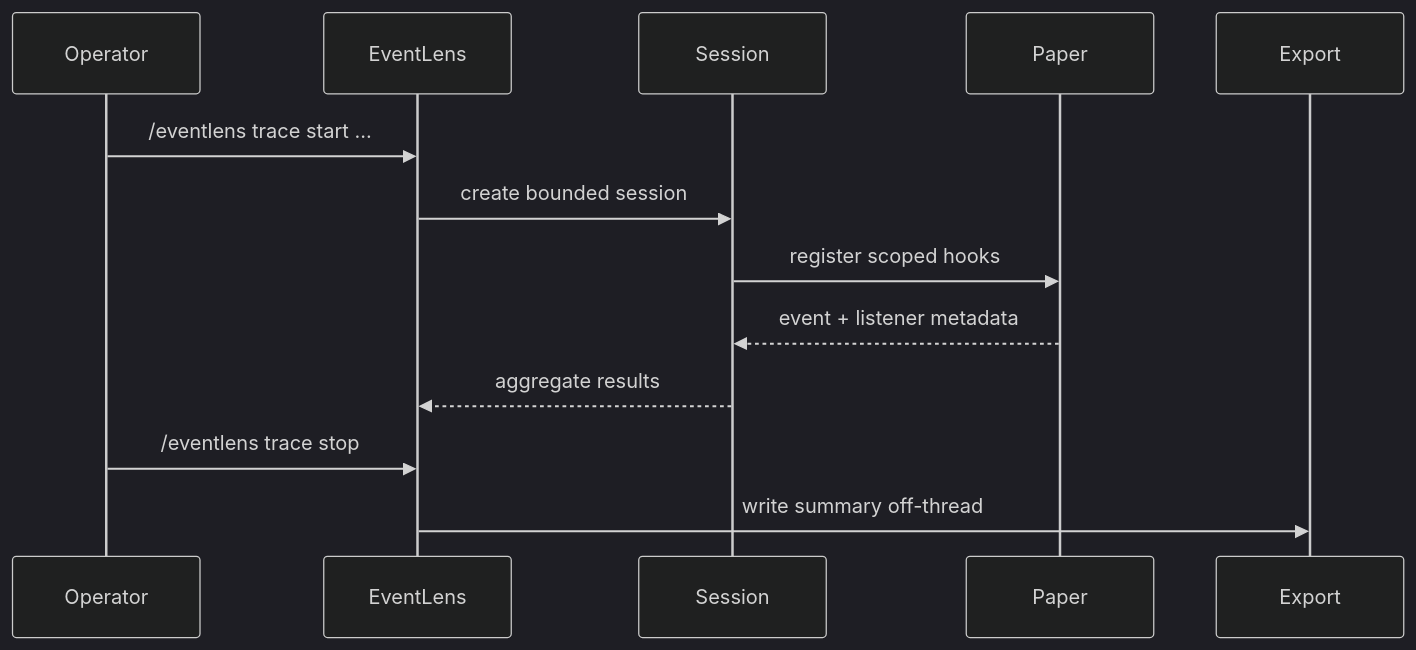
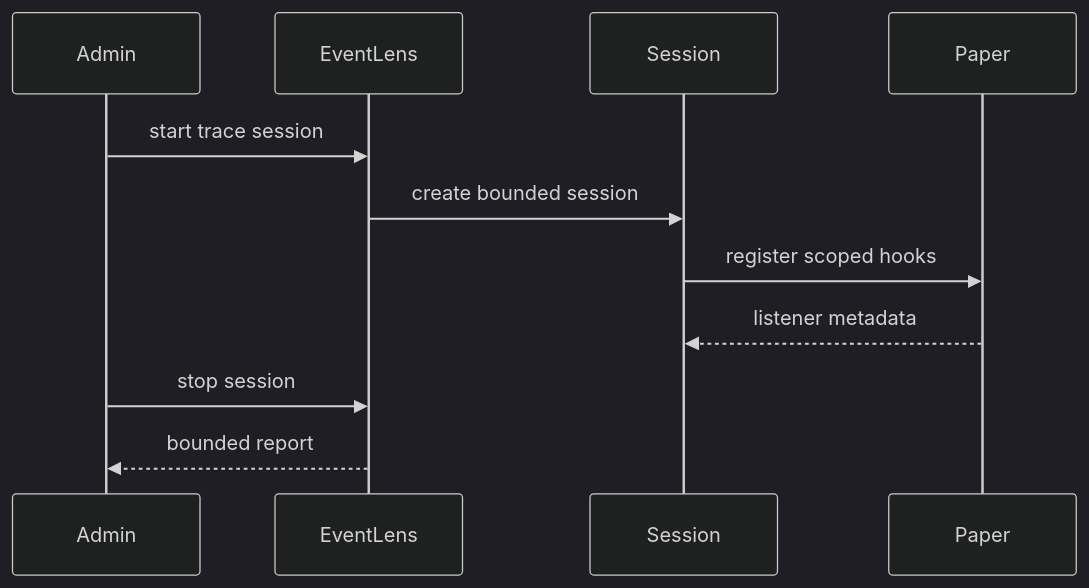
One commit to bellaouzo/EventLensMC changed the second of 2 diagrams in docs/ARCHITECTURE.md. Above: the diagram before and after it, drawn with Mermaid (dark theme). The commit also changed other lines of this file and 745 other files, not shown here.

````diff
--- a/docs/ARCHITECTURE.md
+++ b/docs/ARCHITECTURE.md
@@ -62,16 +54,14 @@
 ```mermaid
 sequenceDiagram
-    participant Operator
+    participant Admin
     participant EventLens
     participant Session
     participant Paper
-    participant Export
 
-    Operator->>EventLens: /eventlens trace start ...
+    Admin->>EventLens: start trace session
     EventLens->>Session: create bounded session
     Session->>Paper: register scoped hooks
-    Paper-->>Session: event + listener metadata
-    Session-->>EventLens: aggregate results
-    Operator->>EventLens: /eventlens trace stop
-    EventLens->>Export: write summary off-thread
+    Paper-->>Session: listener metadata
+    Admin->>EventLens: stop session
+    EventLens-->>Admin: bounded report
 ```
````
